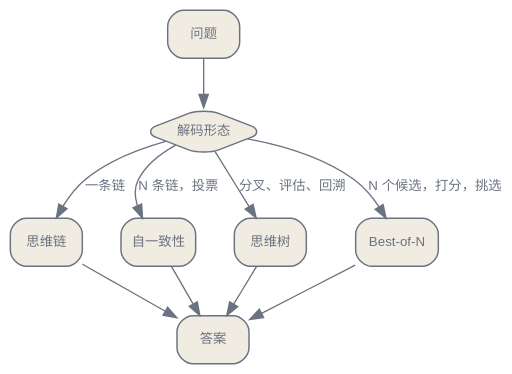
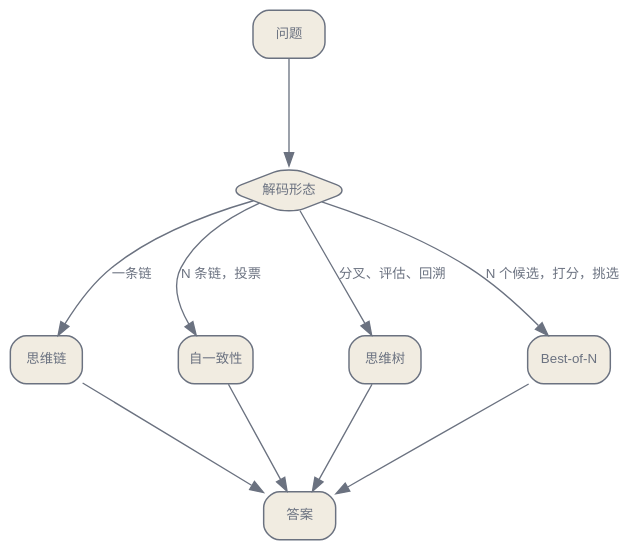
Before and after one commit to latere-ai/ai-as-an-infrastructure: the first of 3 diagrams in zh/reasoning/01-eliciting-reasoning.qmd, drawn with Graphviz. The commit also changed 1 other file, not shown here.

Commit message:
eliciting-reasoning: spread decoding-shape nodes so edge labels stop colliding

````diff
--- a/zh/reasoning/01-eliciting-reasoning.qmd
+++ b/zh/reasoning/01-eliciting-reasoning.qmd
@@ -13,27 +13,27 @@
 ```{dot}
 //| label: fig-eliciting-reasoning-shapes
 //| fig-cap: "从一个固定模型引出并选择推理的四种解码形态。每一种都比贪心解码花费更多推断算力，只是结构不同。"
 digraph {
   bgcolor="transparent";
   rankdir=TB;
-  nodesep=0.4; ranksep=0.5;
+  nodesep=1.0; ranksep=1.1;
   node [shape=box, style="rounded,filled", fontname="Helvetica", fontsize=10, color="#6b7280", fontcolor="#6b7280", fillcolor="#f1ece1", penwidth=1.1];
   edge [fontsize=10, fontname="Helvetica", color="#6b7280", fontcolor="#6b7280"];
   Q [label="问题"];
   M [label="解码形态", shape=diamond];
   CoT [label="思维链"];
   SC [label="自一致性"];
   ToT [label="思维树"];
   BoN [label="Best-of-N"];
   A [label="答案"];
   Q -> M;
   M -> CoT [label="一条链"];
   M -> SC [label="N 条链，投票"];
   M -> ToT [label="分叉、评估、回溯"];
   M -> BoN [label="N 个候选，打分，挑选"];
   CoT -> A;
   SC -> A;
   ToT -> A;
   BoN -> A;
 }
 ```
````
